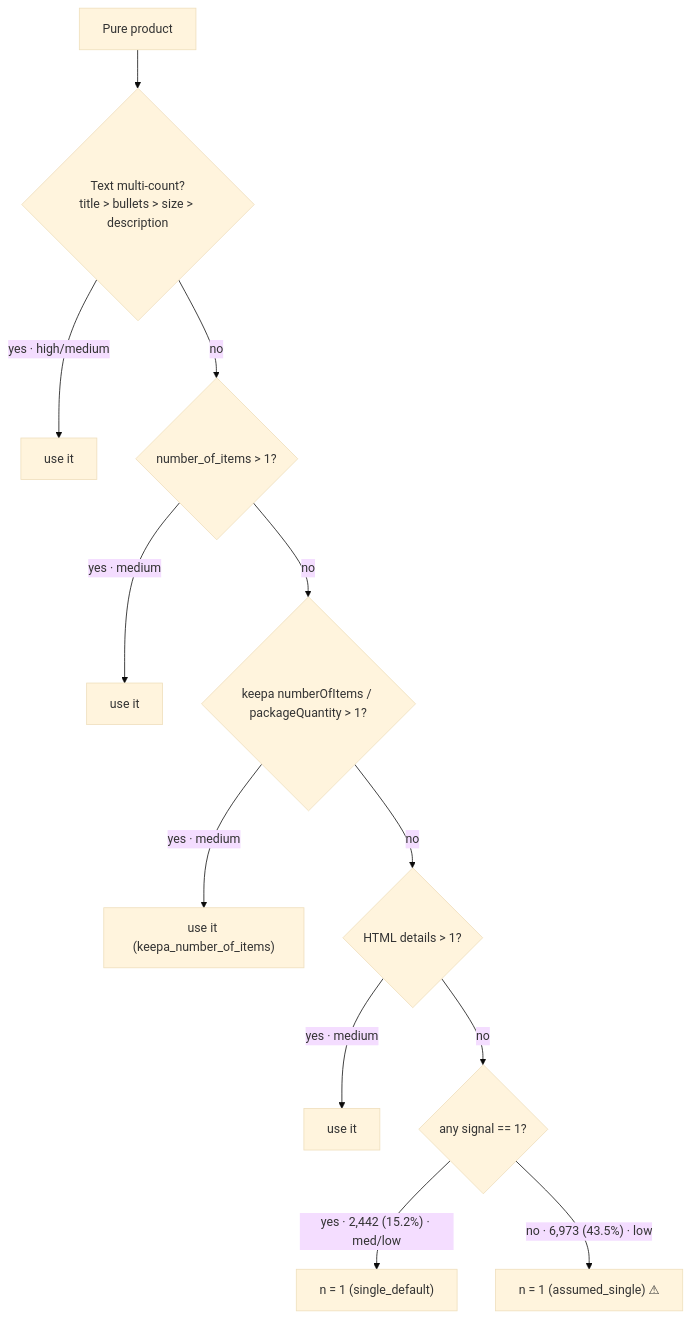
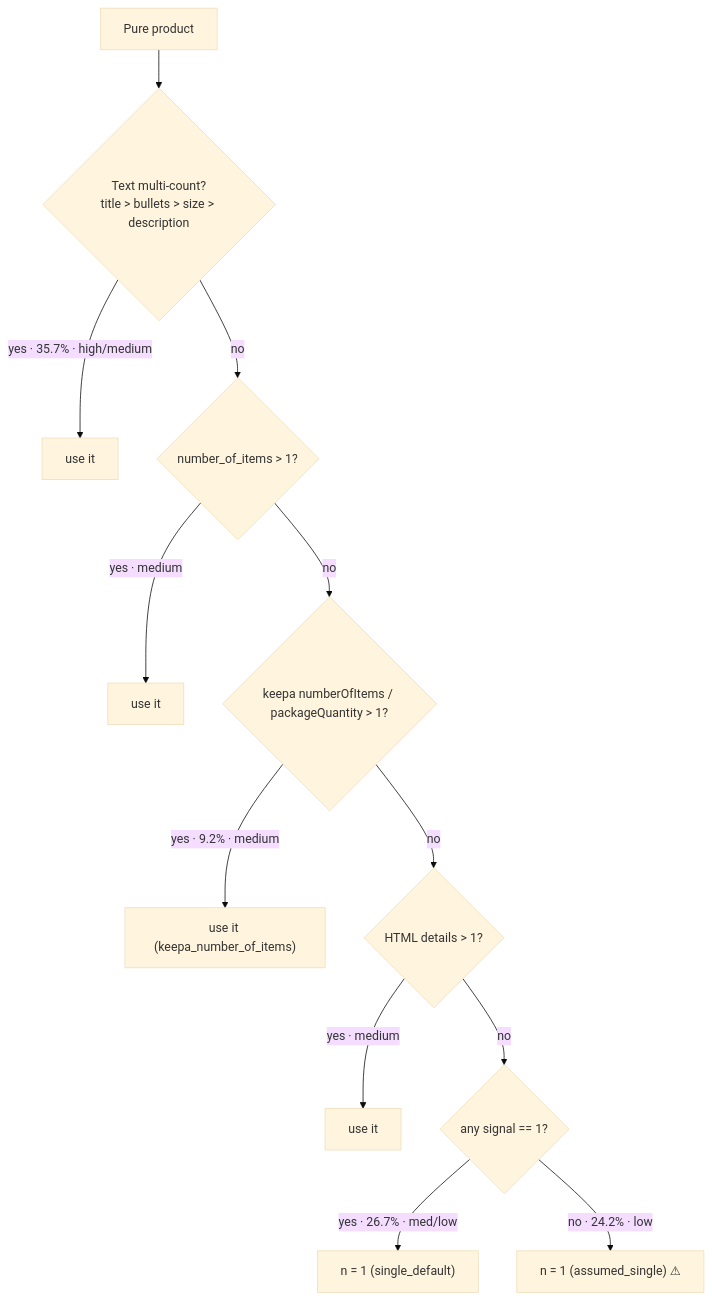
One commit to skycosmos/bath-bombs changed the second of 2 diagrams in README.md. Above: the diagram before and after it, drawn with Mermaid (base theme). The commit also changed other lines of this file and 9 other files, not shown here.

````diff
--- a/README.md
+++ b/README.md
@@ -101,14 +113,14 @@
 ```mermaid
 flowchart TD
   S["Pure product"] --> L1{"Text multi-count?<br/>title &gt; bullets &gt; size &gt; description"}
-  L1 -->|"yes · high/medium"| C1["use it"]
+  L1 -->|"yes · 35.7% · high/medium"| C1["use it"]
   L1 -->|no| L2{"number_of_items &gt; 1?"}
   L2 -->|"yes · medium"| C2["use it"]
   L2 -->|no| L2b{"keepa numberOfItems / packageQuantity &gt; 1?"}
-  L2b -->|"yes · medium"| C2b["use it (keepa_number_of_items)"]
+  L2b -->|"yes · 9.2% · medium"| C2b["use it (keepa_number_of_items)"]
   L2b -->|no| L3{"HTML details &gt; 1?"}
   L3 -->|"yes · medium"| C3["use it"]
   L3 -->|no| L4{"any signal == 1?"}
-  L4 -->|"yes · 2,442 (15.2%) · med/low"| C4["n = 1 (single_default)"]
-  L4 -->|"no · 6,973 (43.5%) · low"| C5["n = 1 (assumed_single) ⚠"]
+  L4 -->|"yes · 26.7% · med/low"| C4["n = 1 (single_default)"]
+  L4 -->|"no · 24.2% · low"| C5["n = 1 (assumed_single) ⚠"]
 ```
````
